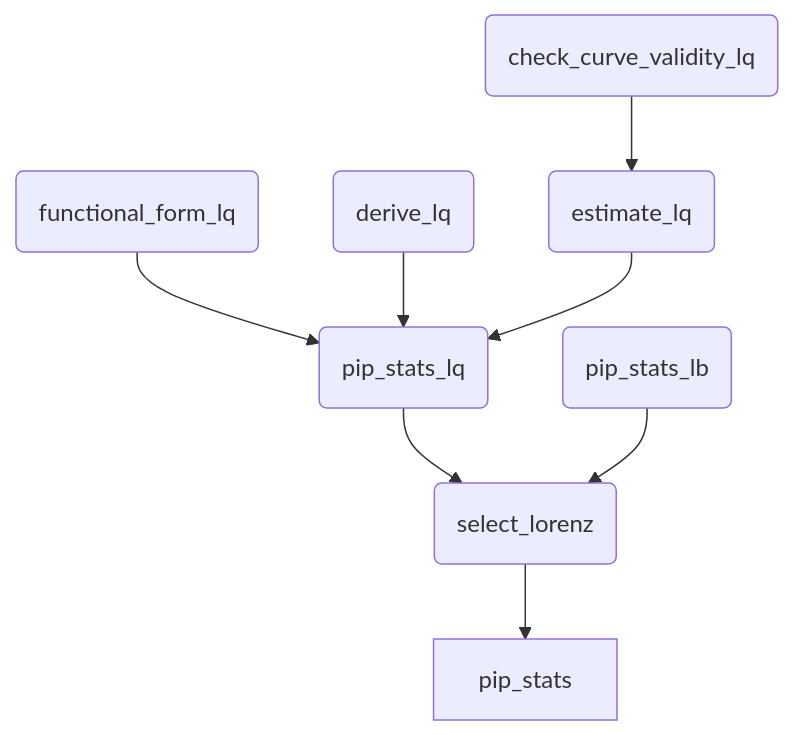
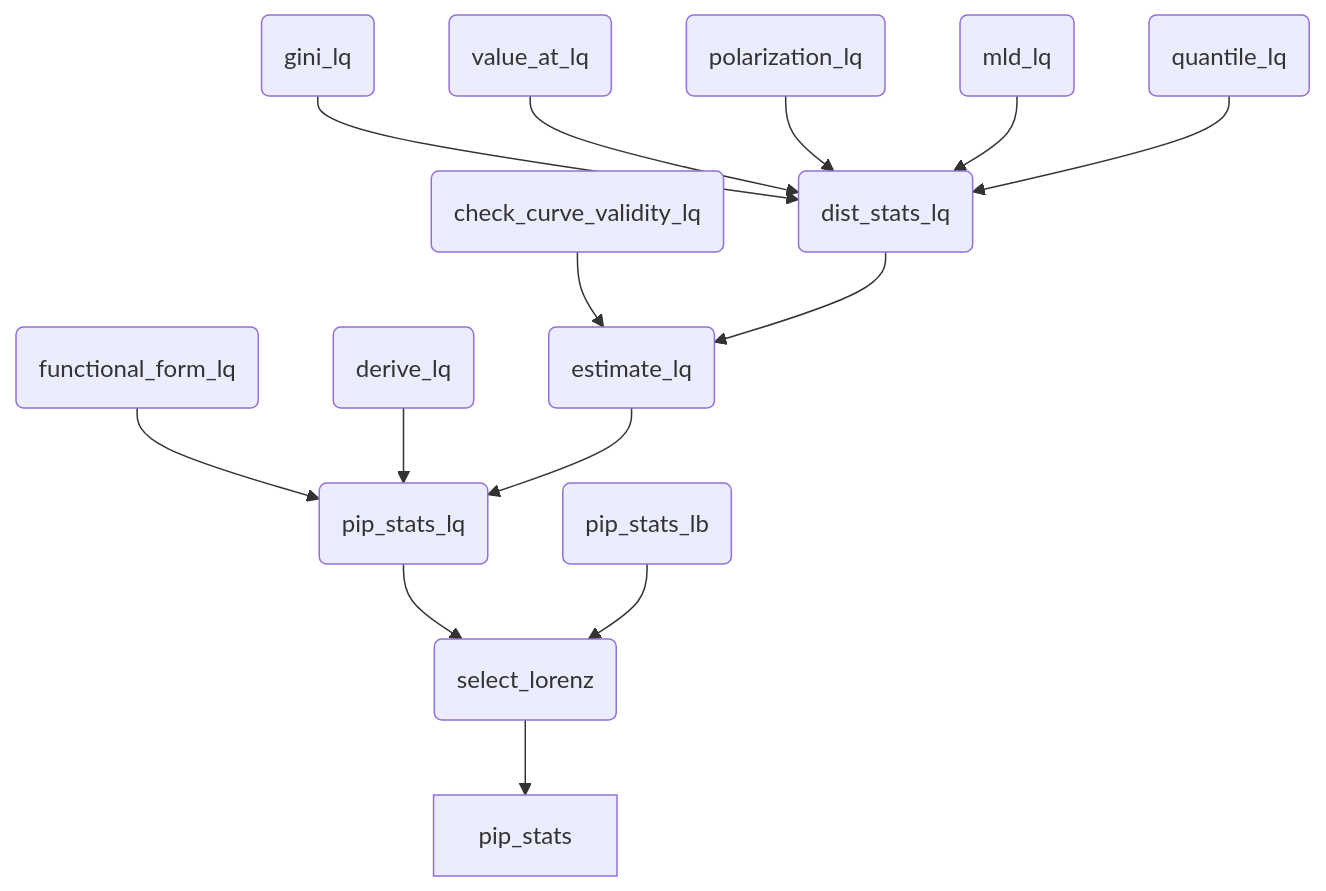
The diagram in wbpip_gd_doc.qmd (dana89co/pip_utilities), drawn with Mermaid before and after one commit. The commit also changed other lines of this file and 1 other file, not shown here.

Commit message:
Until dist_stats_lq

````diff
--- a/wbpip_gd_doc.qmd
+++ b/wbpip_gd_doc.qmd
@@ -18,11 +18,17 @@
 ```{mermaid}
 flowchart TD
     lz(select_lorenz) --> stats[pip_stats]
     lq(pip_stats_lq) --> lz
     lb(pip_stats_lb) --> lz  
     form_lq(functional_form_lq) --> lq
     derive_lq(derive_lq) --> lq
     est_lq(estimate_lq) --> lq
     check_val(check_curve_validity_lq) --> est_lq
+    dist_lq(dist_stats_lq) --> est_lq
+    gini_lq(gini_lq) --> dist_lq
+    value_at_lq(value_at_lq) --> dist_lq
+    polarization_lq(polarization_lq) --> dist_lq
+    mld_lq(mld_lq) --> dist_lq
+    quantile_lq(quantile_lq) --> dist_lq
 
 ```
````
